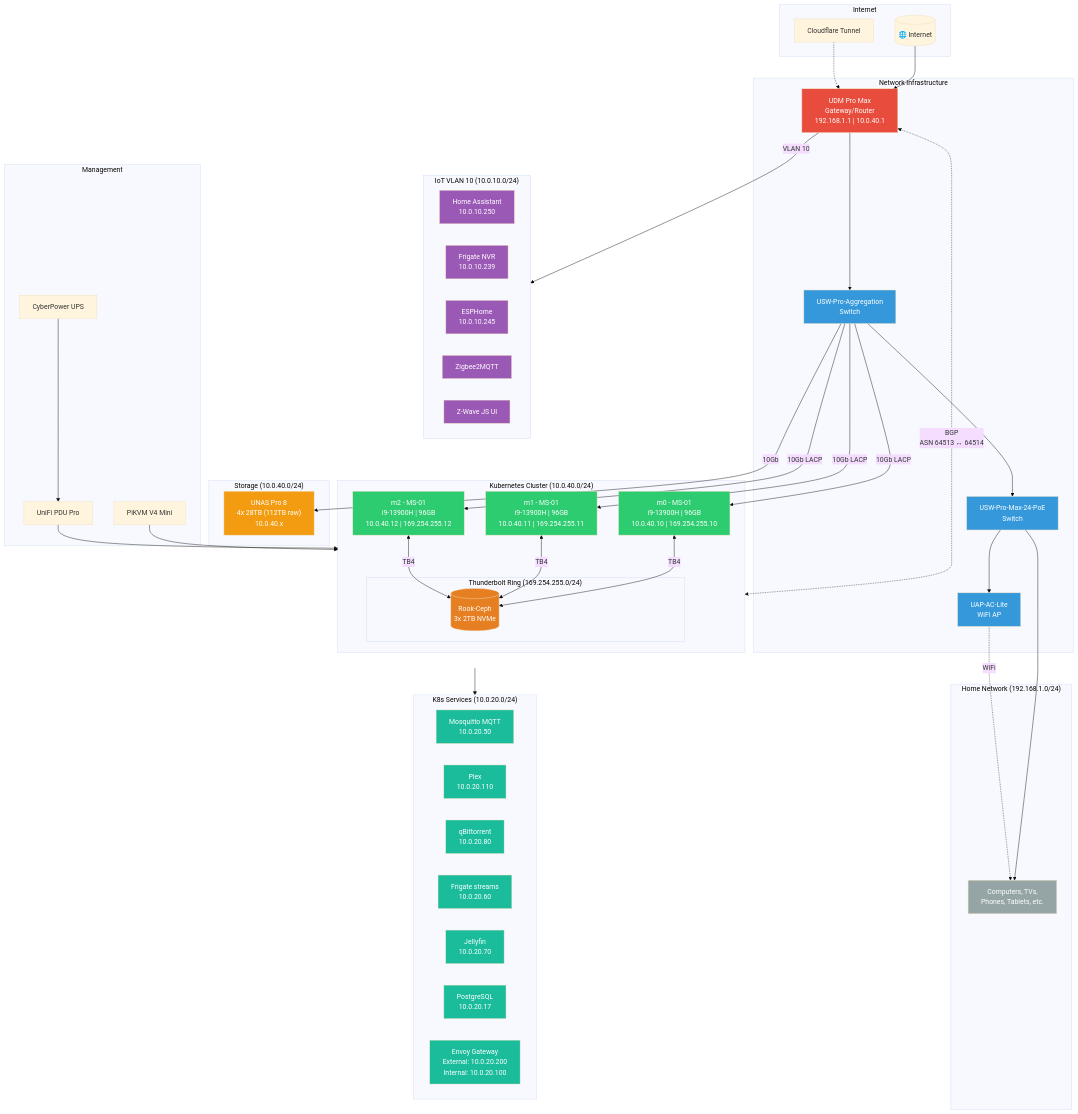
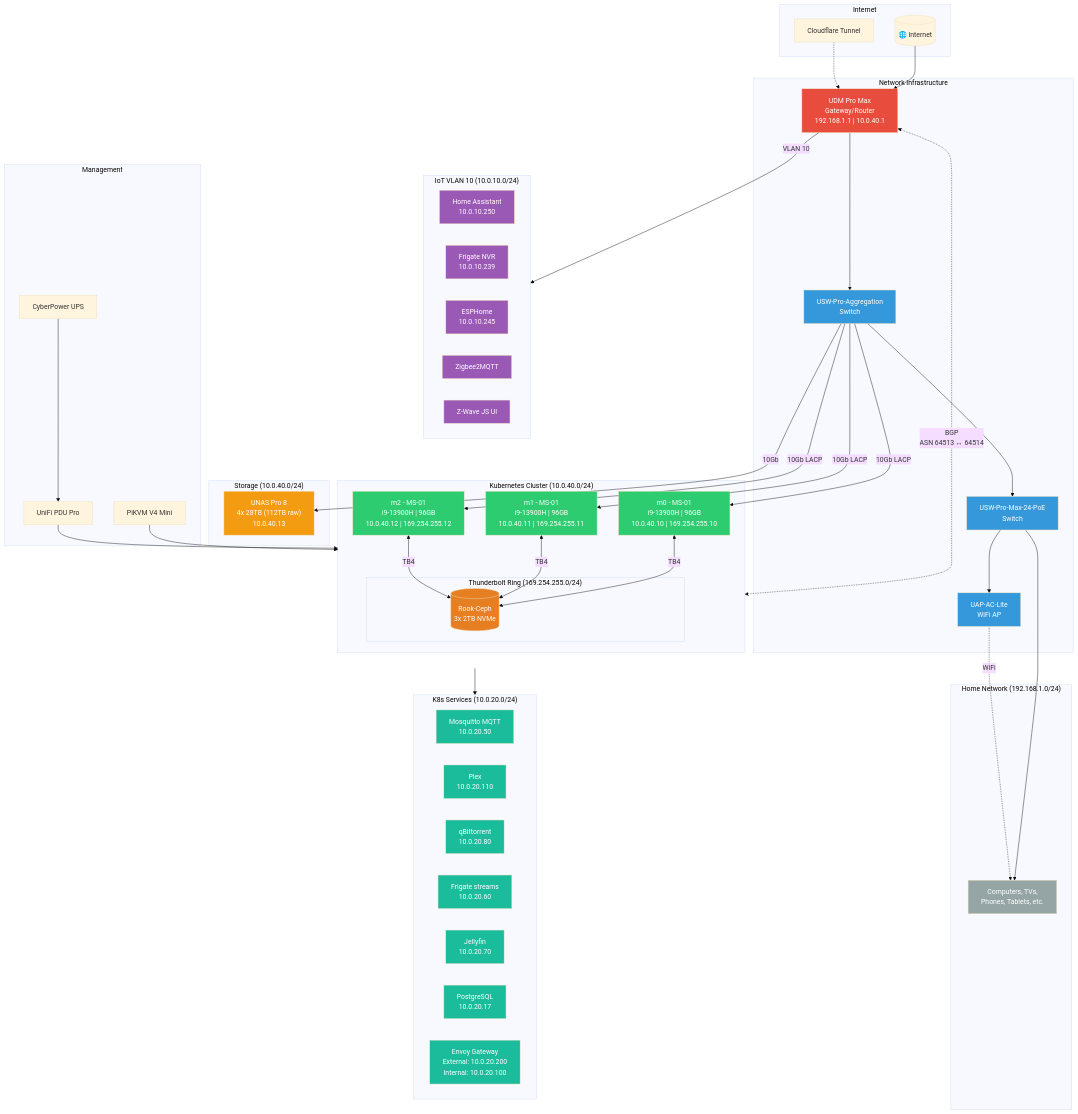
The first of 2 diagrams in docs/src/notes/networking.md (mchestr/home-cluster), drawn with Mermaid (base theme) before and after one commit. The commit also changed 1 other file, not shown here.

Commit message:
docs: replace the Synology DS920+ with the UNAS Pro 8 in the README

```diff
--- a/docs/src/notes/networking.md
+++ b/docs/src/notes/networking.md
@@ -29,7 +29,7 @@
     end
 
     subgraph Storage["Storage (10.0.40.0/24)"]
-        NAS["UNAS Pro 8<br/>4x 28TB (112TB raw)<br/>10.0.40.x"]
+        NAS["UNAS Pro 8<br/>4x 28TB (112TB raw)<br/>10.0.40.13"]
     end
 
     subgraph HomeLAN["Home Network (192.168.1.0/24)"]
```
